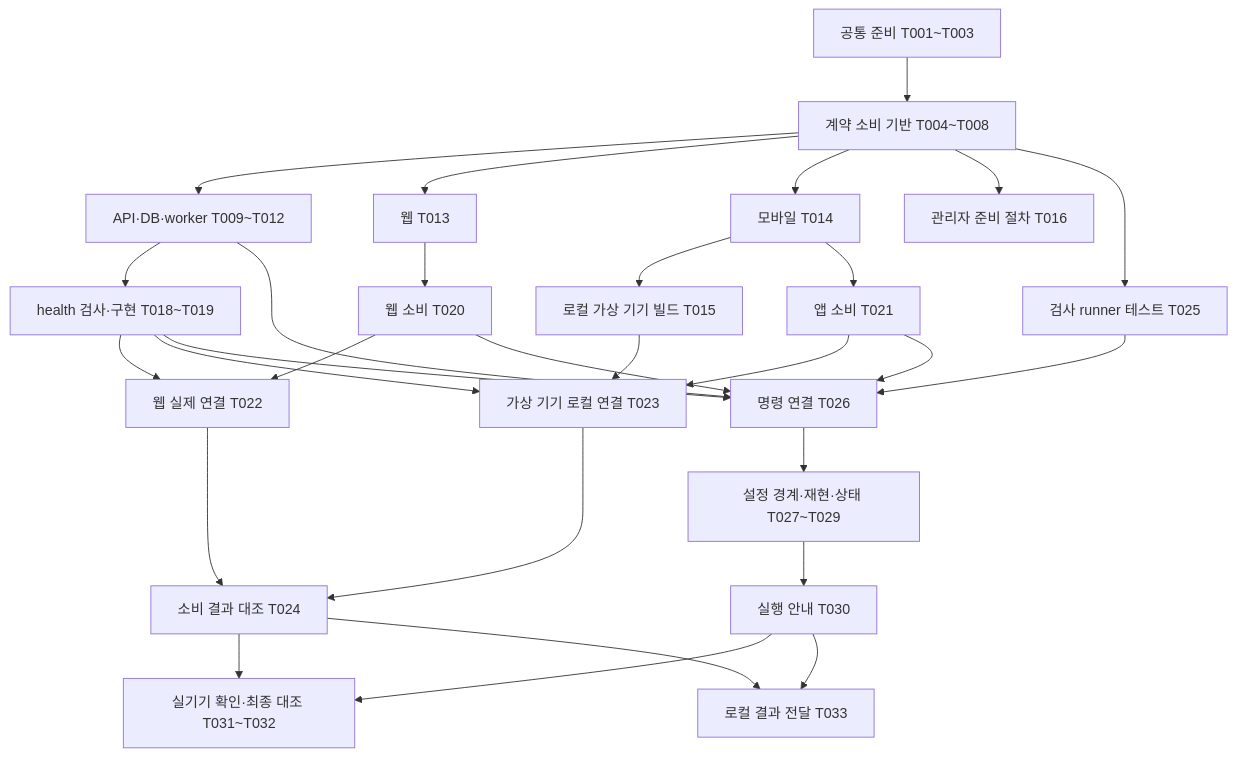
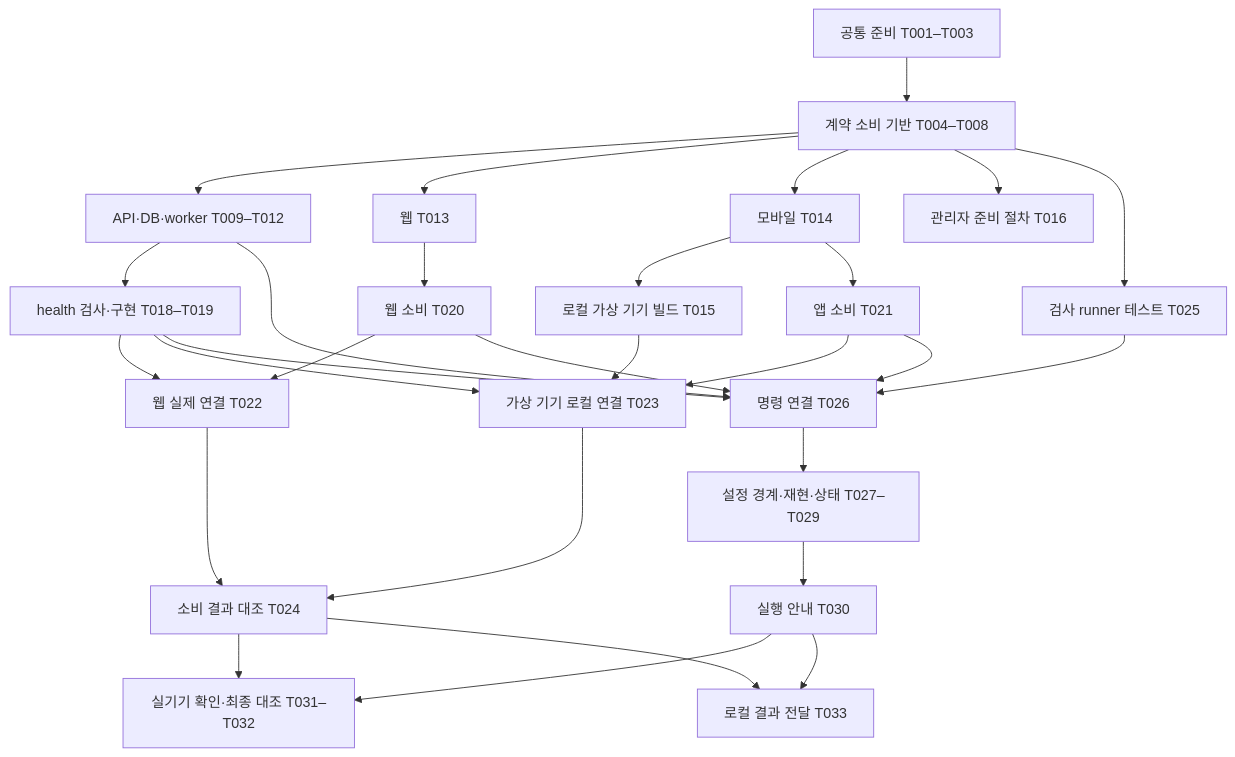
The diagram in specs/001-development-foundation/tasks.md (C-H-OLD/Holdlog), drawn with Mermaid before and after one commit. The commit also changed other lines of this file and 3 other files, not shown here.

````diff
--- a/specs/001-development-foundation/tasks.md
+++ b/specs/001-development-foundation/tasks.md
@@ -89,31 +89,31 @@
 ```mermaid
 flowchart TD
-  A[공통 준비 T001~T003] --> B[계약 소비 기반 T004~T008]
-  B --> C[API·DB·worker T009~T012]
+  A[공통 준비 T001–T003] --> B[계약 소비 기반 T004–T008]
+  B --> C[API·DB·worker T009–T012]
   B --> D[웹 T013]
   B --> E[모바일 T014]
   B --> F[관리자 준비 절차 T016]
   E --> G[로컬 가상 기기 빌드 T015]
-  C --> H[health 검사·구현 T018~T019]
+  C --> H[health 검사·구현 T018–T019]
   D --> I[웹 소비 T020]
   E --> J[앱 소비 T021]
   H --> K[웹 실제 연결 T022]
   I --> K
   H --> L[가상 기기 로컬 연결 T023]
   J --> L
   G --> L
   K --> M[소비 결과 대조 T024]
   L --> M
   B --> N[검사 runner 테스트 T025]
   C --> O[명령 연결 T026]
   I --> O
   J --> O
   H --> O
   N --> O
-  O --> P[설정 경계·재현·상태 T027~T029]
+  O --> P[설정 경계·재현·상태 T027–T029]
   P --> Q[실행 안내 T030]
-  M --> R[실기기 확인·최종 대조 T031~T032]
+  M --> R[실기기 확인·최종 대조 T031–T032]
   Q --> R
   M --> S[로컬 결과 전달 T033]
   Q --> S
 ```
````
